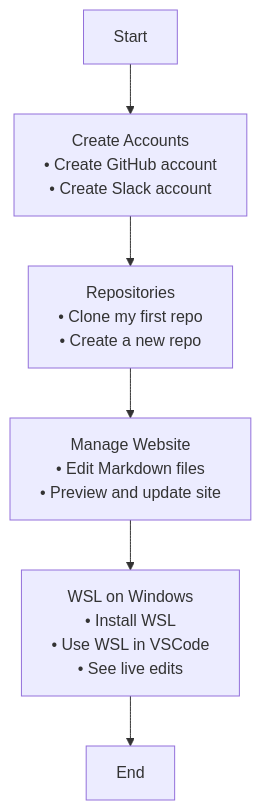
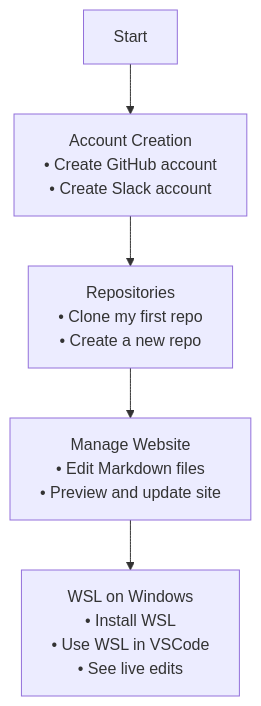
The diagram in _posts/Foundation/B-tools_and_equipment/2025-12-01-blog_week1.md (AadiS12/student), drawn with Mermaid before and after one commit. The commit also changed other lines of this file and 1 other file, not shown here.

Commit message:
ExtraAboutMeDetails

````diff
--- a/_posts/Foundation/B-tools_and_equipment/2025-12-01-blog_week1.md
+++ b/_posts/Foundation/B-tools_and_equipment/2025-12-01-blog_week1.md
@@ -54,14 +55,12 @@
 ```mermaid
 flowchart TD
 
-    A[Start] --> B[Create Accounts<br/>• Create GitHub account<br/>• Create Slack account]
+    A[Start] --> B[Account Creation<br/>• Create GitHub account<br/>• Create Slack account]
     
     B --> C[Repositories<br/>• Clone my first repo<br/>• Create a new repo]
 
     C --> D[Manage Website<br/>• Edit Markdown files<br/>• Preview and update site]
 
     D --> E[WSL on Windows<br/>• Install WSL<br/>• Use WSL in VSCode<br/>• See live edits]
 
-    E --> F[End]
-
 ```
````
